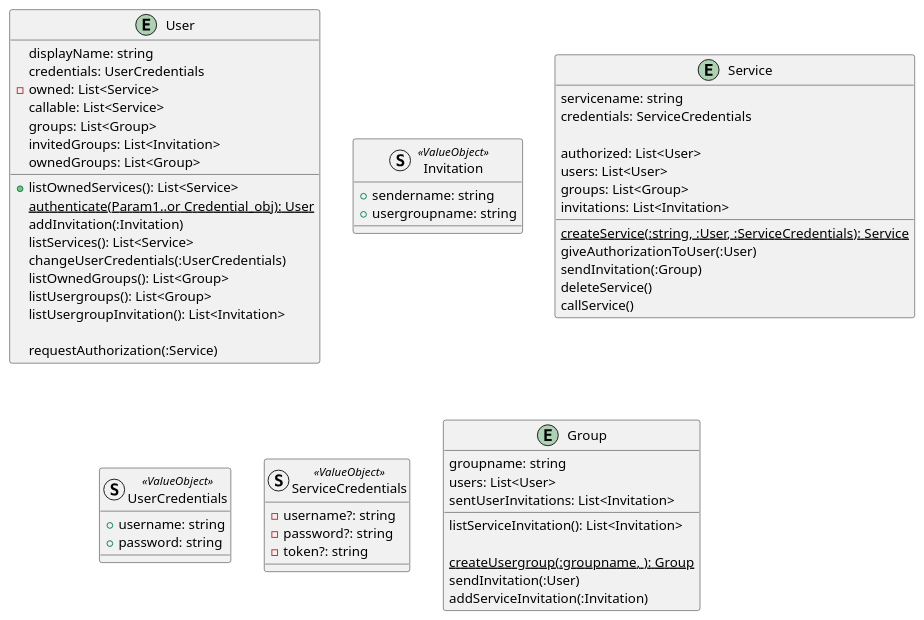
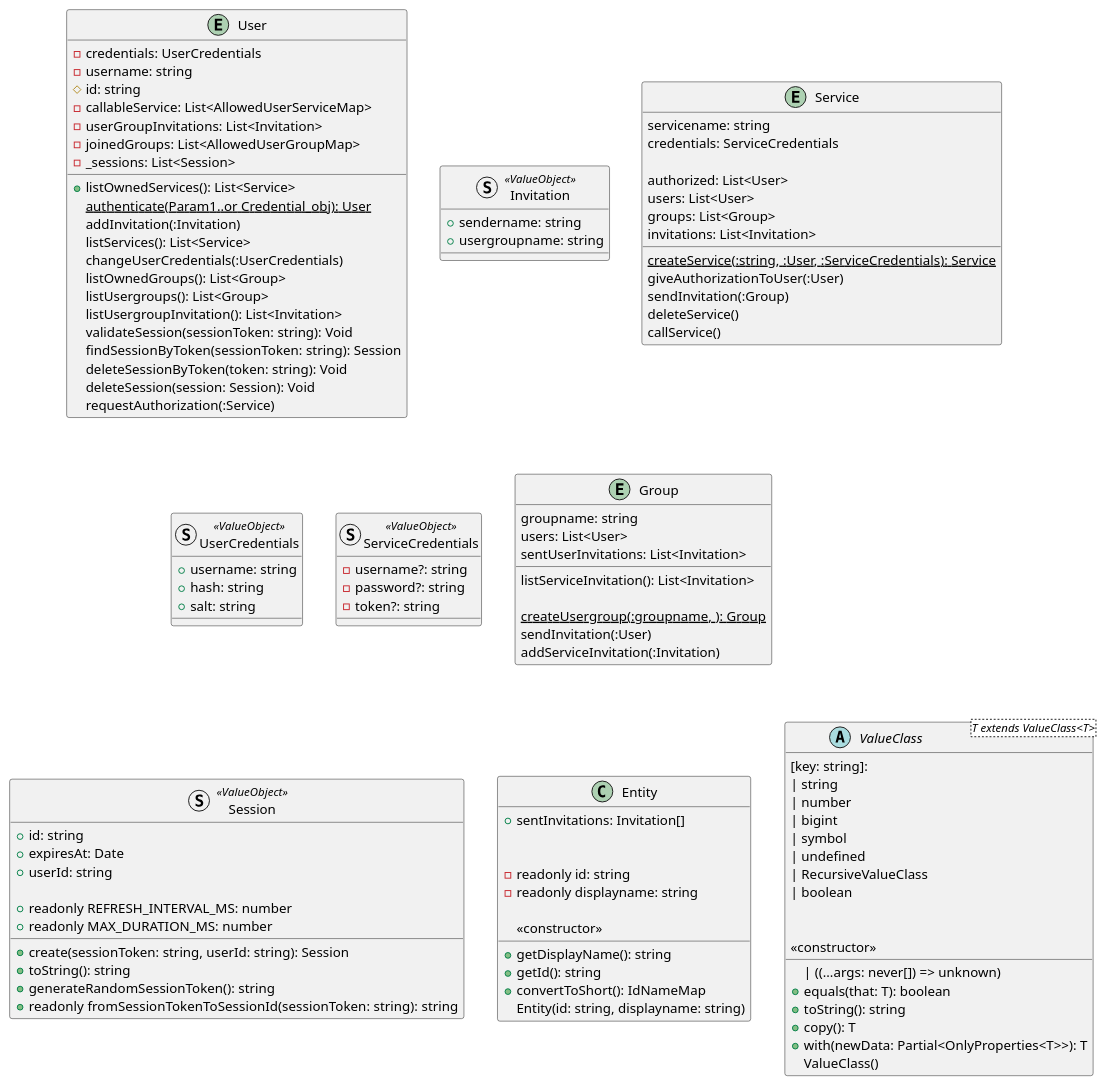
Before and after one commit to sesogr/auth-share: the diagram in doc/architecture.puml, drawn with PlantUML. The commit also changed 5 other files, not shown here.

```diff
--- a/doc/architecture.puml
+++ b/doc/architecture.puml
@@ -1,79 +1,135 @@
-@startuml
+@startuml Klassendiagramm
 
 entity User{
 
-    displayName: string
-    credentials: UserCredentials
-    -owned: List<Service>
-    callable: List<Service>
-    groups: List<Group>
-    invitedGroups: List<Invitation>
-    ownedGroups: List<Group>
+    -credentials: UserCredentials
+    -username: string
+    # id: string
+    -callableService: List<AllowedUserServiceMap>
+    -userGroupInvitations: List<Invitation>
+    -joinedGroups: List<AllowedUserGroupMap>
+    -_sessions: List<Session>
     
     +listOwnedServices(): List<Service>
     {static}authenticate(Param1..or Credential_obj): User
     addInvitation(:Invitation)
     listServices(): List<Service>
     changeUserCredentials(:UserCredentials)
     
     listOwnedGroups(): List<Group>
     listUsergroups(): List<Group>
     listUsergroupInvitation(): List<Invitation>
+    validateSession(sessionToken: string): Void
+    findSessionByToken(sessionToken: string): Session
+    deleteSessionByToken(token: string): Void
+    deleteSession(session: Session): Void
+
+
 
     requestAuthorization(:Service)
 }
 
 struct Invitation <<ValueObject>>{
 
     +sendername: string
     +usergroupname: string
 
 }
 
 entity Service{
 
     servicename: string
     credentials: ServiceCredentials
     
     {static}createService(:string, :User, :ServiceCredentials): Service
     authorized: List<User>
     users: List<User>
     groups: List<Group>
     invitations: List<Invitation>
 
     giveAuthorizationToUser(:User)
     sendInvitation(:Group)
     
     deleteService()
     callService()
 
     
 }
 
 struct UserCredentials <<ValueObject>>{
 
     +username: string
-    +password: string
+    +hash: string
+    +salt: string
     
 }
 
 struct ServiceCredentials <<ValueObject>>{
     
     -username?: string
     -password?: string
     -token?: string
 
 }
 
-entity Group{
+entity Group {
     groupname: string
     users: List<User>
     sentUserInvitations: List<Invitation>
     listServiceInvitation(): List<Invitation>
 
     {static}createUsergroup(:groupname, ): Group
     sendInvitation(:User)
     addServiceInvitation(:Invitation)
 }
 
+struct Session <<ValueObject>>{
+  +id: string
+  +expiresAt: Date
+  +userId: string
+  
+  +create(sessionToken: string, userId: string): Session
+  +toString(): string
+  +generateRandomSessionToken(): string
+  +readonly REFRESH_INTERVAL_MS: number
+  +readonly MAX_DURATION_MS: number
+  +readonly fromSessionTokenToSessionId(sessionToken: string): string
+}
+
+class Entity {
+  +sentInvitations: Invitation[]
+  
+  +getDisplayName(): string
+  +getId(): string
+  +convertToShort(): IdNameMap
+  
+  -readonly id: string
+  -readonly displayname: string
+  
+  <<constructor>>
+  Entity(id: string, displayname: string)
+}
+
+
+abstract class ValueClass<T extends ValueClass<T>> {
+  [key: string]:
+    | string
+    | number
+    | bigint
+    | symbol
+    | undefined
+    | RecursiveValueClass
+    | ((...args: never[]) => unknown)
+    | boolean
+  
+  +equals(that: T): boolean
+  +toString(): string
+  +copy(): T
+  +with(newData: Partial<OnlyProperties<T>>): T
+  
+  <<constructor>>
+  ValueClass()
+}
+
+
 @enduml
```
